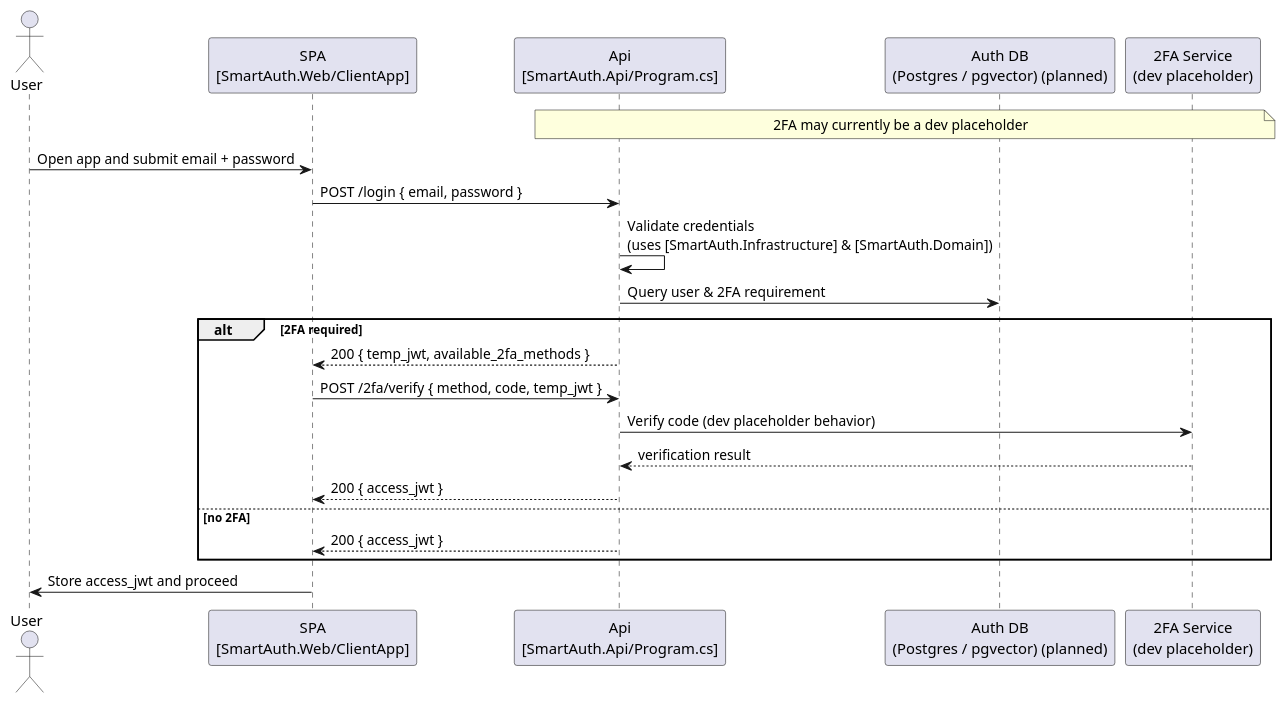
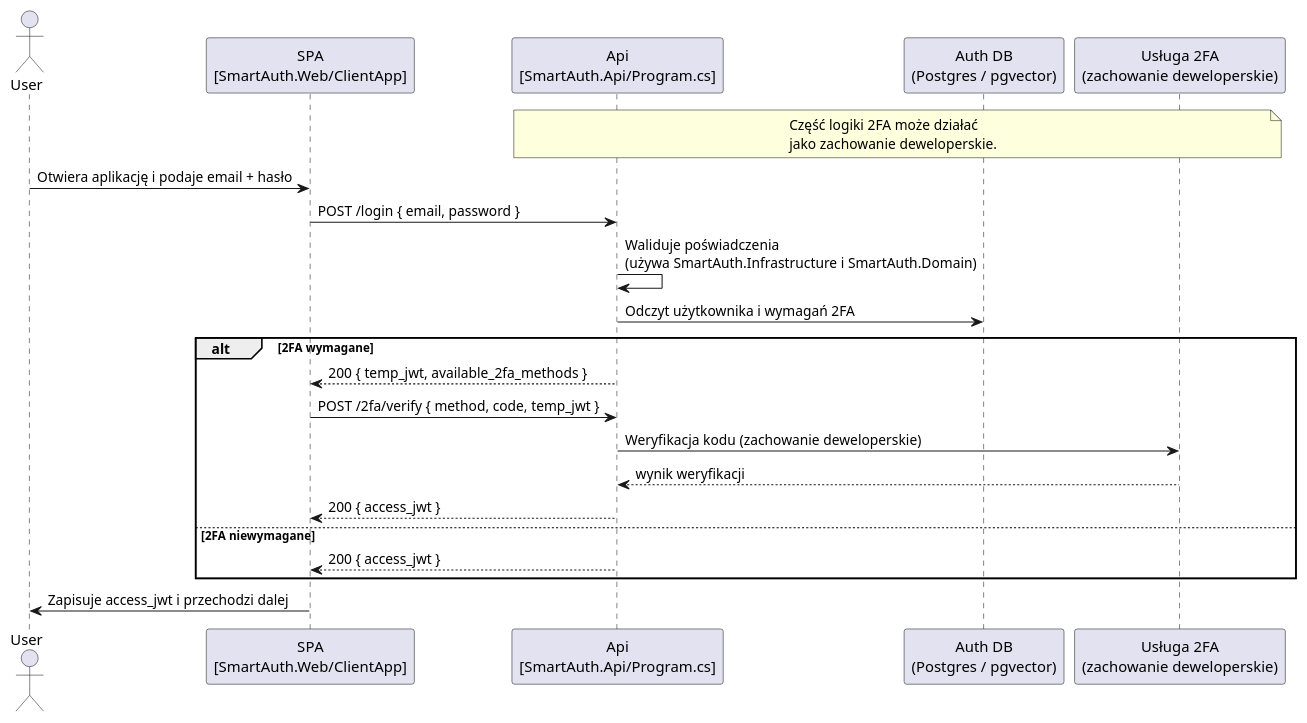
Before and after one commit to nozbieg/SmartAuth: the diagram in docs/diagrams/plantuml/sequence-login-2fa.puml, drawn with PlantUML. The commit also changed other lines of this file and 11 other files, not shown here.

Commit message:
Translate diagrams documentation to Polish

```diff
--- a/docs/diagrams/plantuml/sequence-login-2fa.puml
+++ b/docs/diagrams/plantuml/sequence-login-2fa.puml
@@ -9,28 +9,29 @@
 @startuml
-actor User
+actor User as Użytkownik
 participant SPA as "SPA\n[SmartAuth.Web/ClientApp]"
 participant Api as "Api\n[SmartAuth.Api/Program.cs]"
-participant DB as "Auth DB\n(Postgres / pgvector) (planned)"
-participant TwoFA as "2FA Service\n(dev placeholder)"
+participant DB as "Auth DB\n(Postgres / pgvector)"
+participant TwoFA as "Usługa 2FA\n(zachowanie deweloperskie)"
 
 note over Api,TwoFA
-  2FA may currently be a dev placeholder
+  Część logiki 2FA może działać
+  jako zachowanie deweloperskie.
 end note
 
-User -> SPA : Open app and submit email + password
+Użytkownik -> SPA : Otwiera aplikację i podaje email + hasło
 SPA -> Api : POST /login { email, password }
-Api -> Api : Validate credentials\n(uses [SmartAuth.Infrastructure] & [SmartAuth.Domain])
-Api -> DB : Query user & 2FA requirement
+Api -> Api : Waliduje poświadczenia\n(używa SmartAuth.Infrastructure i SmartAuth.Domain)
+Api -> DB : Odczyt użytkownika i wymagań 2FA
 
-alt 2FA required
+alt 2FA wymagane
   Api --> SPA : 200 { temp_jwt, available_2fa_methods }
   SPA -> Api : POST /2fa/verify { method, code, temp_jwt }
-  Api -> TwoFA : Verify code (dev placeholder behavior)
-  TwoFA --> Api : verification result
+  Api -> TwoFA : Weryfikacja kodu (zachowanie deweloperskie)
+  TwoFA --> Api : wynik weryfikacji
   Api --> SPA : 200 { access_jwt }
-else no 2FA
+else 2FA niewymagane
   Api --> SPA : 200 { access_jwt }
 end
 
-SPA -> User : Store access_jwt and proceed
+SPA -> Użytkownik : Zapisuje access_jwt i przechodzi dalej
 @enduml
```
